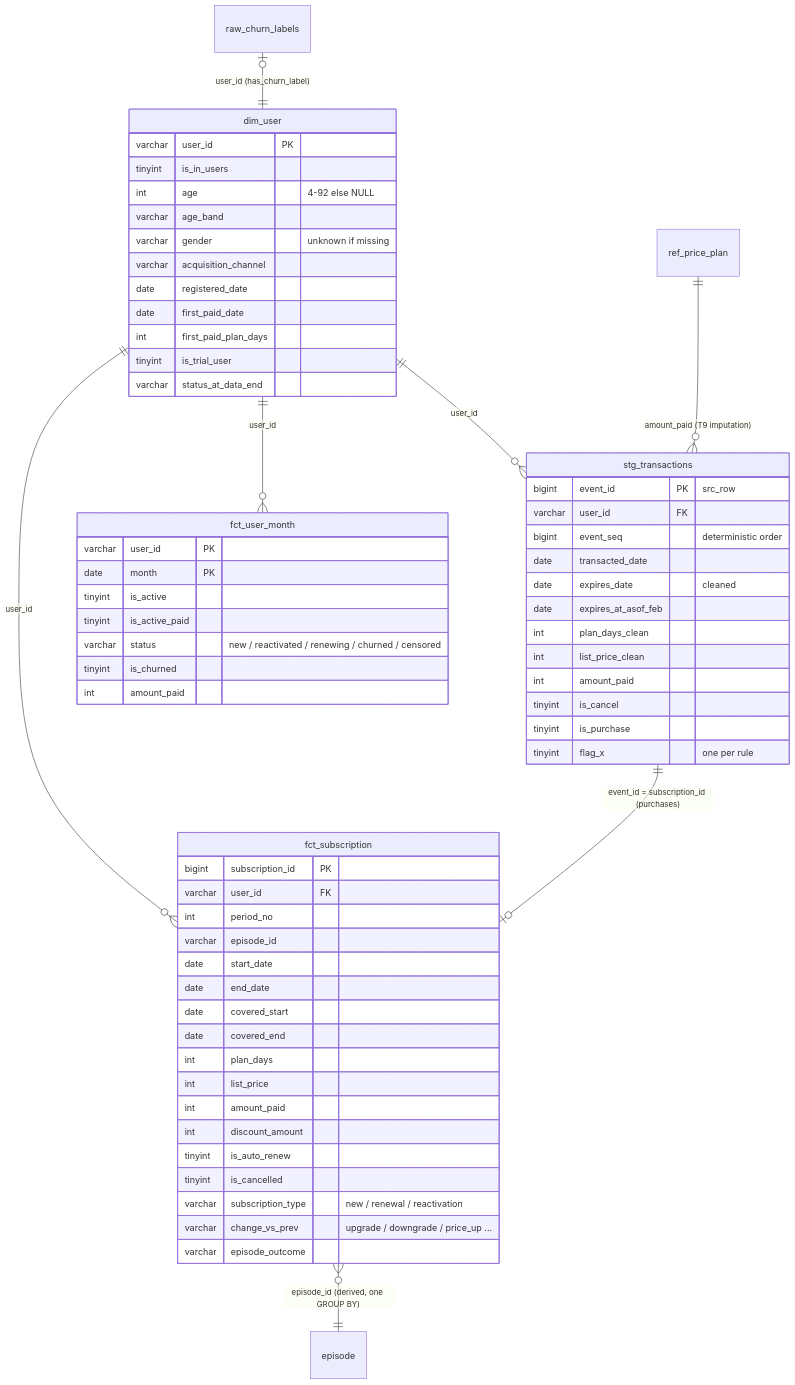
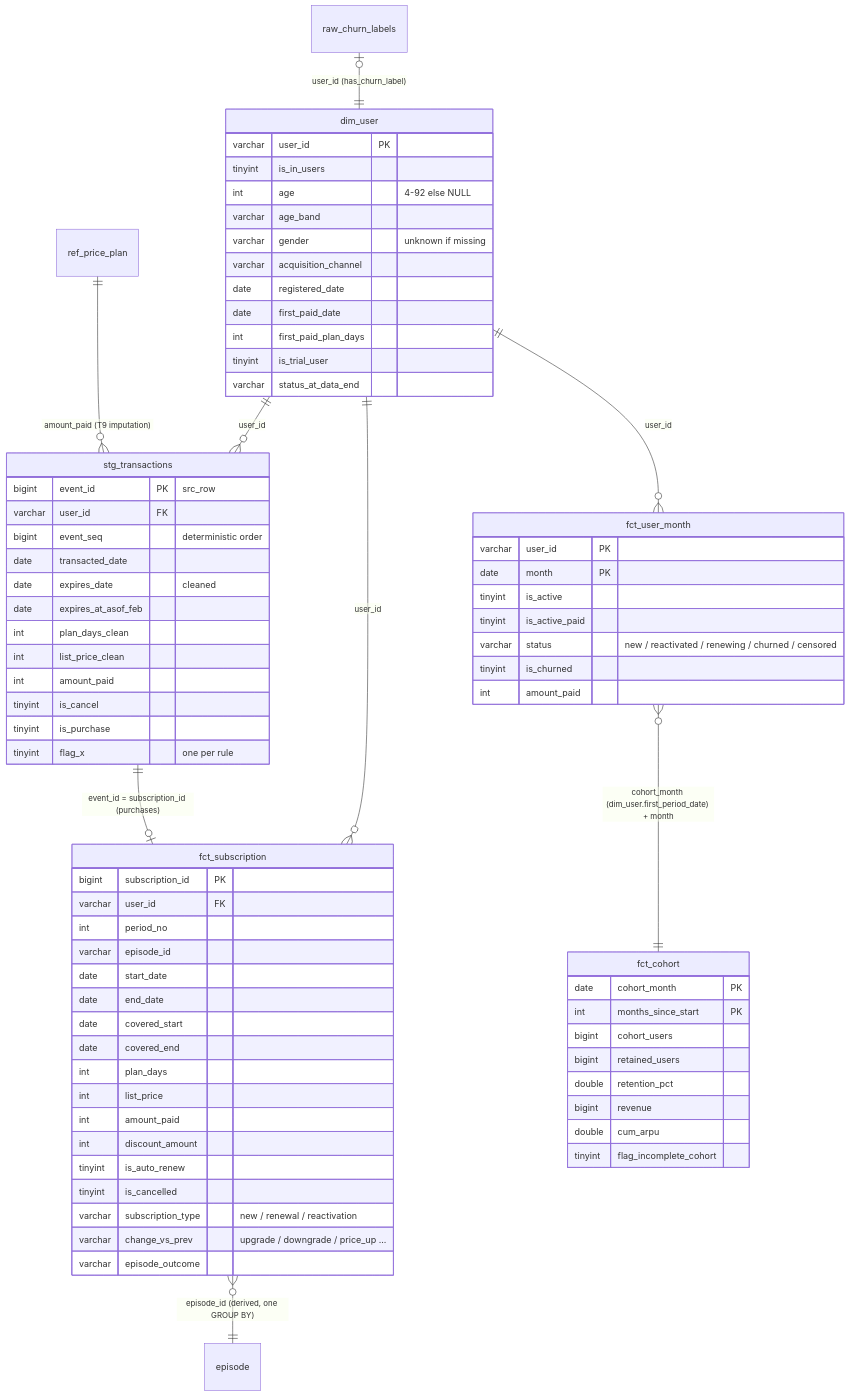
One commit to MiushkaEnaviMia/tune-analysis changed the diagram in reports/02_data_model.md. Above: the diagram before and after it, drawn with Mermaid. The commit also changed other lines of this file and 11 other files, not shown here.

````diff
--- a/reports/02_data_model.md
+++ b/reports/02_data_model.md
@@ -17,66 +18,77 @@
 ```mermaid
 erDiagram
     dim_user ||--o{ stg_transactions : "user_id"
     dim_user ||--o{ fct_subscription : "user_id"
     dim_user ||--o{ fct_user_month : "user_id"
+    fct_user_month }o--|| fct_cohort : "cohort_month (dim_user.first_period_date) + month"
     stg_transactions ||--o| fct_subscription : "event_id = subscription_id (purchases)"
     fct_subscription }o--|| episode : "episode_id (derived, one GROUP BY)"
     ref_price_plan ||--o{ stg_transactions : "amount_paid (T9 imputation)"
     raw_churn_labels |o--|| dim_user : "user_id (has_churn_label)"
 
     dim_user {
         varchar user_id PK
         tinyint is_in_users
         int age "4-92 else NULL"
         varchar age_band
         varchar gender "unknown if missing"
         varchar acquisition_channel
         date registered_date
         date first_paid_date
         int first_paid_plan_days
         tinyint is_trial_user
         varchar status_at_data_end
     }
     stg_transactions {
         bigint event_id PK "src_row"
         varchar user_id FK
         bigint event_seq "deterministic order"
         date transacted_date
         date expires_date "cleaned"
         date expires_at_asof_feb
         int plan_days_clean
         int list_price_clean
         int amount_paid
         tinyint is_cancel
         tinyint is_purchase
         tinyint flag_x "one per rule"
     }
     fct_subscription {
         bigint subscription_id PK
         varchar user_id FK
         int period_no
         varchar episode_id
         date start_date
         date end_date
         date covered_start
         date covered_end
         int plan_days
         int list_price
         int amount_paid
         int discount_amount
         tinyint is_auto_renew
         tinyint is_cancelled
         varchar subscription_type "new / renewal / reactivation"
         varchar change_vs_prev "upgrade / downgrade / price_up ..."
         varchar episode_outcome
     }
     fct_user_month {
         varchar user_id PK
         date month PK
         tinyint is_active
         tinyint is_active_paid
         varchar status "new / reactivated / renewing / churned / censored"
         tinyint is_churned
         int amount_paid
     }
+    fct_cohort {
+        date cohort_month PK
+        int months_since_start PK
+        bigint cohort_users
+        bigint retained_users
+        double retention_pct
+        bigint revenue
+        double cum_arpu
+        tinyint flag_incomplete_cohort
+    }
 ```
````
